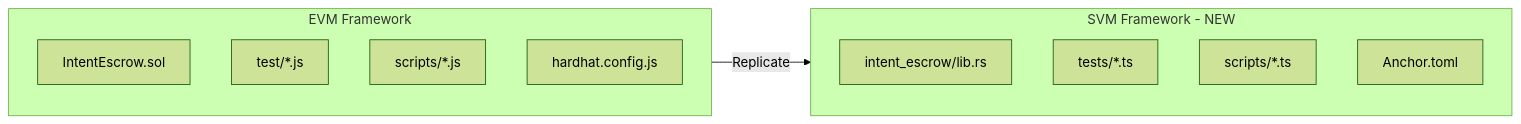
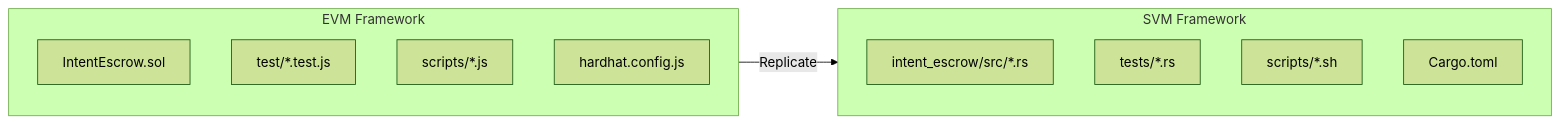
The diagram in .cursor/plans/plan.md (MoveIndustries/int3nts), drawn with Mermaid (forest theme) before and after one commit. The commit also changed other lines of this file and 12 other files, not shown here.

First line of the commit message:
feat(svm): add CLI tool and utility scripts

````diff
--- a/.cursor/plans/plan.md
+++ b/.cursor/plans/plan.md
@@ -11,18 +11,18 @@
 ```mermaid
 flowchart LR
     subgraph EVM [EVM Framework]
         EVMContract[IntentEscrow.sol]
-        EVMTests[test/*.js]
+        EVMTests[test/*.test.js]
         EVMScripts[scripts/*.js]
         HardhatConfig[hardhat.config.js]
     end
     
-    subgraph SVM [SVM Framework - NEW]
-        SVMProgram[intent_escrow/lib.rs]
-        SVMTests[tests/*.ts]
-        SVMScripts[scripts/*.ts]
-        AnchorConfig[Anchor.toml]
+    subgraph SVM [SVM Framework]
+        SVMProgram[intent_escrow/src/*.rs]
+        SVMTests[tests/*.rs]
+        SVMScripts[scripts/*.sh]
+        CargoConfig[Cargo.toml]
     end
     
     EVM -->|Replicate| SVM
 ```
````
